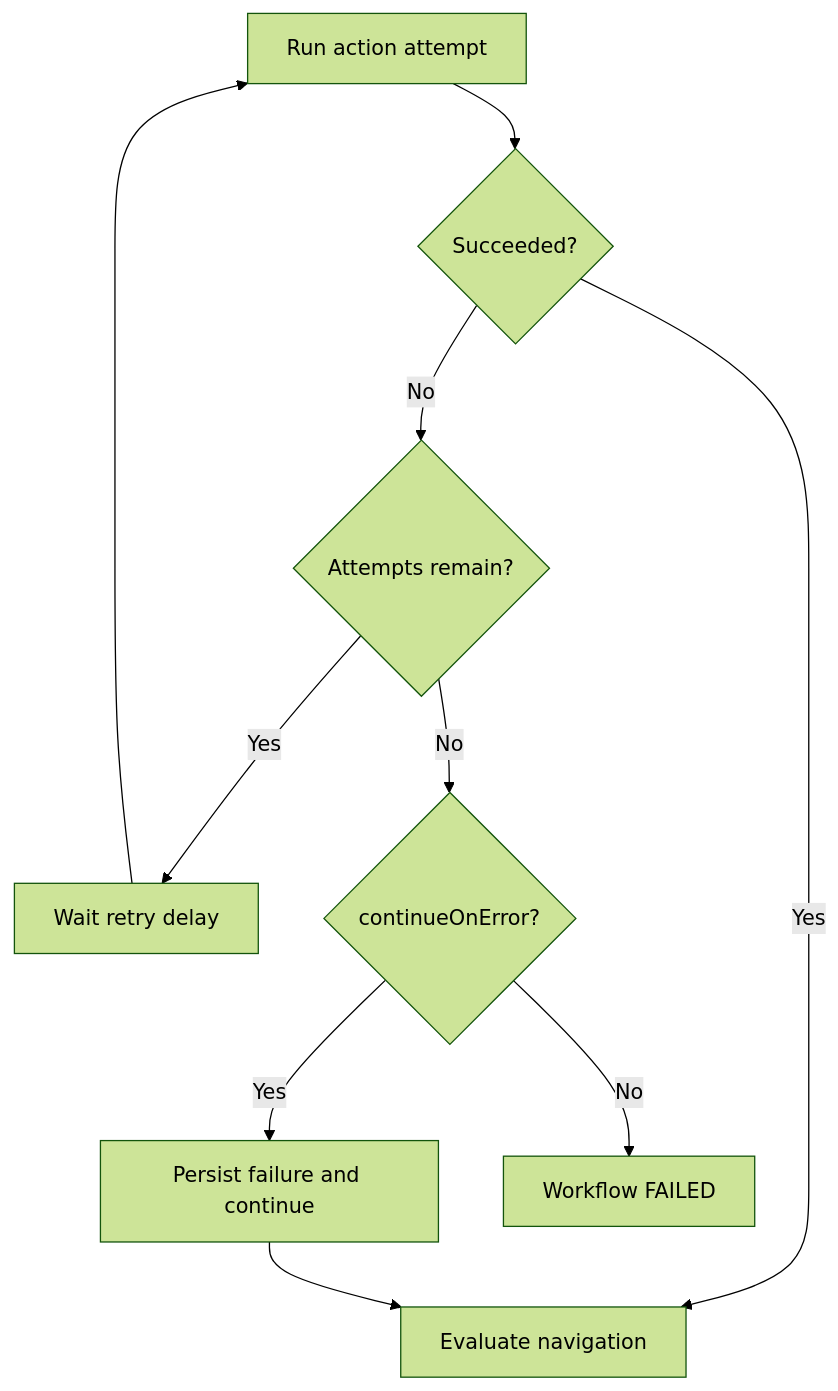
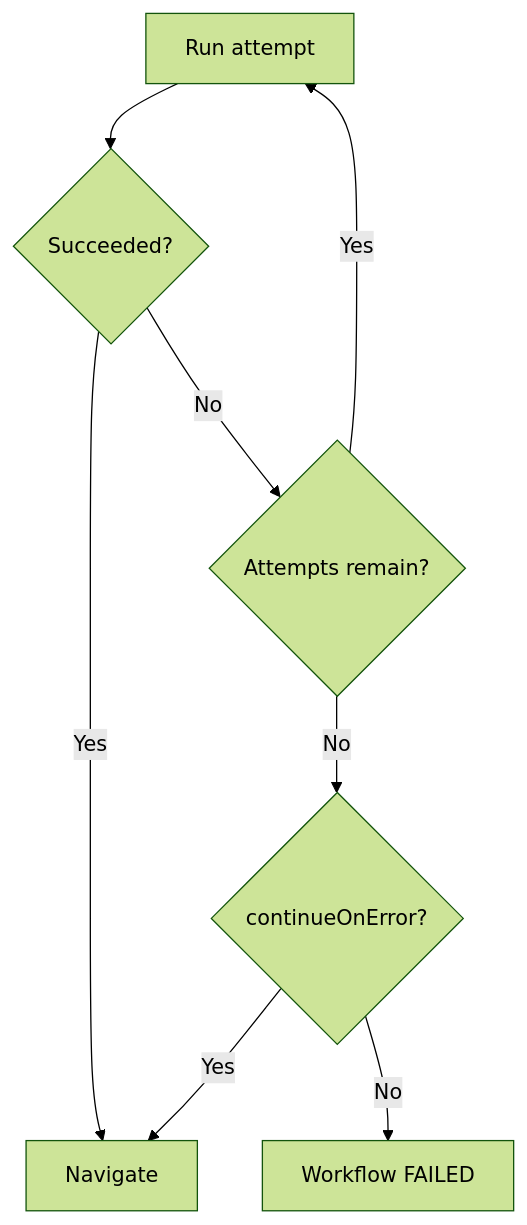
The diagram in content/versions/v0/manifests/v0-workflow.mdx (taskmigo/docs), drawn with Mermaid (forest theme) before and after one commit. The commit also changed other lines of this file and 14 other files, not shown here.

````diff
--- a/content/versions/v0/manifests/v0-workflow.mdx
+++ b/content/versions/v0/manifests/v0-workflow.mdx
@@ -252,12 +181,10 @@
 ```mermaid
 flowchart TD
-  Run["Run action attempt"] --> Result{"Succeeded?"}
-  Result -->|Yes| Nav["Evaluate navigation"]
+  Run["Run attempt"] --> Result{"Succeeded?"}
+  Result -->|Yes| Nav["Navigate"]
   Result -->|No| Retry{"Attempts remain?"}
-  Retry -->|Yes| Delay["Wait retry delay"]
-  Delay --> Run
+  Retry -->|Yes| Run
   Retry -->|No| Continue{"continueOnError?"}
-  Continue -->|Yes| Persist["Persist failure and continue"]
-  Persist --> Nav
+  Continue -->|Yes| Nav
   Continue -->|No| Fail["Workflow FAILED"]
 ```
````
